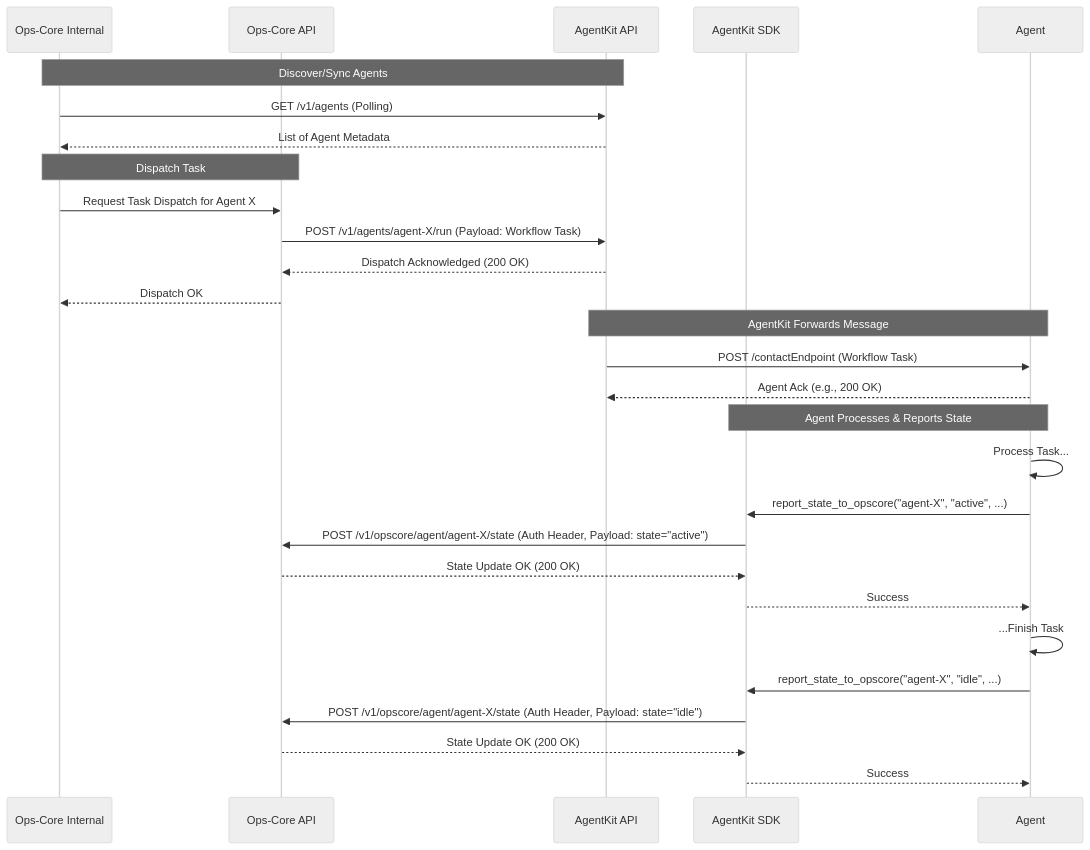
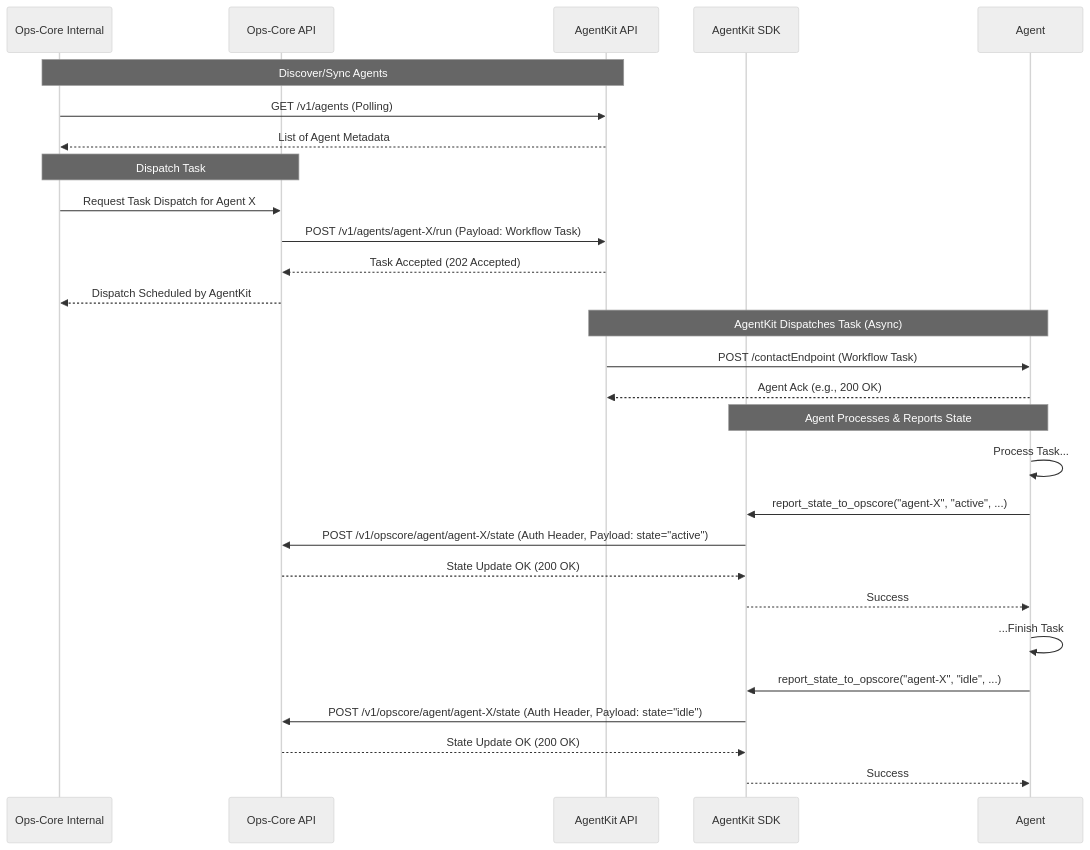
Before and after one commit to opspawn/agentkit: the diagram in docs/agentkit_integration_for_opscore.md, drawn with Mermaid (neutral theme). The commit also changed other lines of this file and 23 other files, not shown here.

Commit message:
feat(opscore): Complete Task B9 - Ops-Core Service Features (Webhook, Async Dispatch)

````diff
--- a/docs/agentkit_integration_for_opscore.md
+++ b/docs/agentkit_integration_for_opscore.md
@@ -101,35 +157,35 @@
 ```mermaid
 sequenceDiagram
     participant Ops-Core Internal
     participant Ops-Core API
     participant AgentKit API
     participant AgentKit SDK
     participant Agent
 
     Note over Ops-Core Internal, AgentKit API: Discover/Sync Agents
     Ops-Core Internal->>AgentKit API: GET /v1/agents (Polling)
     AgentKit API-->>Ops-Core Internal: List of Agent Metadata
 
     Note over Ops-Core Internal, Ops-Core API: Dispatch Task
     Ops-Core Internal->>Ops-Core API: Request Task Dispatch for Agent X
     Ops-Core API->>AgentKit API: POST /v1/agents/agent-X/run (Payload: Workflow Task)
-    AgentKit API-->>Ops-Core API: Dispatch Acknowledged (200 OK)
-    Ops-Core API-->>Ops-Core Internal: Dispatch OK
+    AgentKit API-->>Ops-Core API: Task Accepted (202 Accepted)
+    Ops-Core API-->>Ops-Core Internal: Dispatch Scheduled by AgentKit
 
-    Note over AgentKit API, Agent: AgentKit Forwards Message
+    Note over AgentKit API, Agent: AgentKit Dispatches Task (Async)
     AgentKit API->>Agent: POST /contactEndpoint (Workflow Task)
     Agent-->>AgentKit API: Agent Ack (e.g., 200 OK)
 
     Note over Agent, AgentKit SDK: Agent Processes & Reports State
     Agent->>Agent: Process Task...
     Agent->>AgentKit SDK: report_state_to_opscore("agent-X", "active", ...)
     AgentKit SDK->>Ops-Core API: POST /v1/opscore/agent/agent-X/state (Auth Header, Payload: state="active")
     Ops-Core API-->>AgentKit SDK: State Update OK (200 OK)
     AgentKit SDK-->>Agent: Success
 
     Agent->>Agent: ...Finish Task
     Agent->>AgentKit SDK: report_state_to_opscore("agent-X", "idle", ...)
     AgentKit SDK->>Ops-Core API: POST /v1/opscore/agent/agent-X/state (Auth Header, Payload: state="idle")
     Ops-Core API-->>AgentKit SDK: State Update OK (200 OK)
     AgentKit SDK-->>Agent: Success
 ```
````
